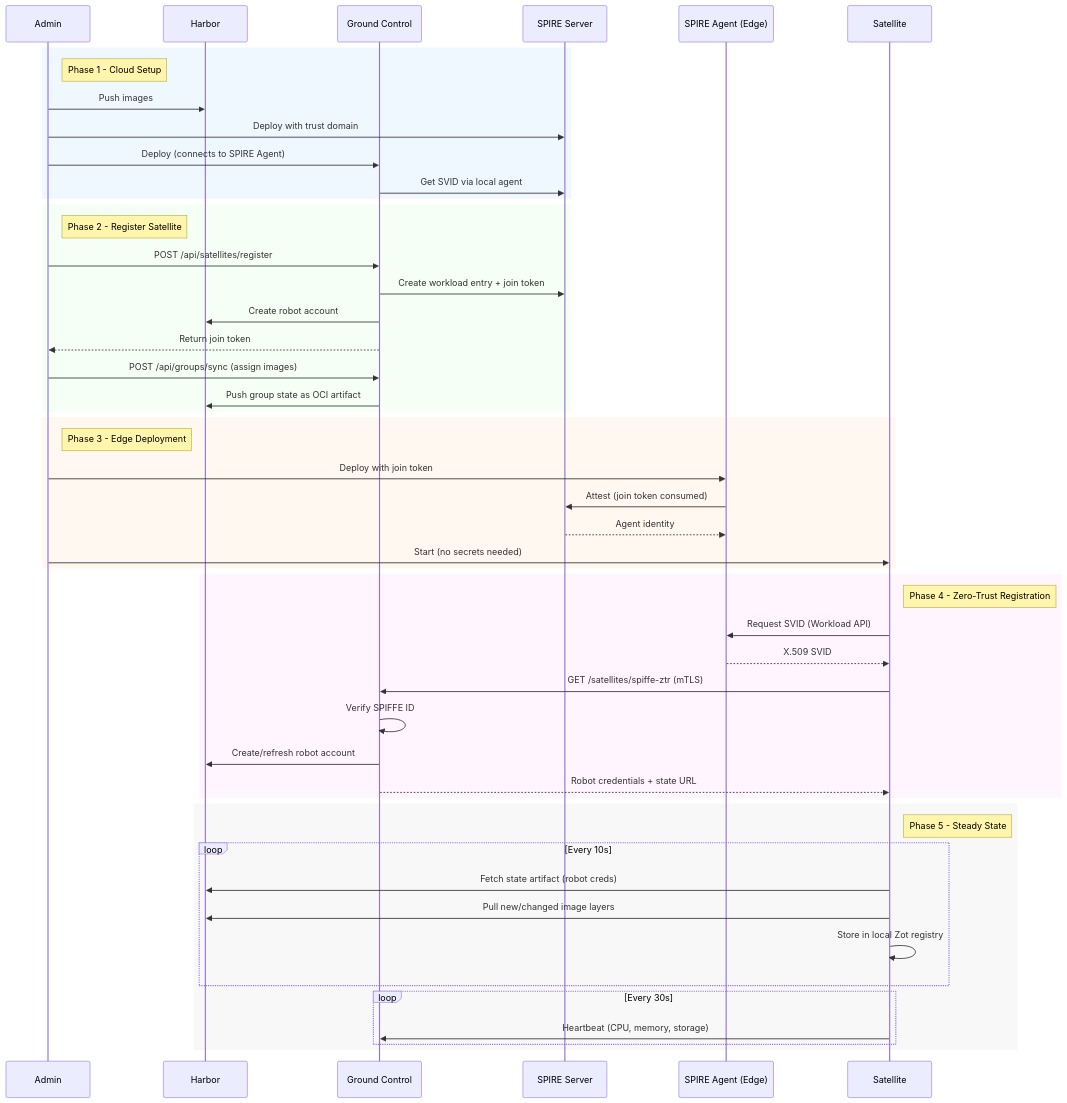
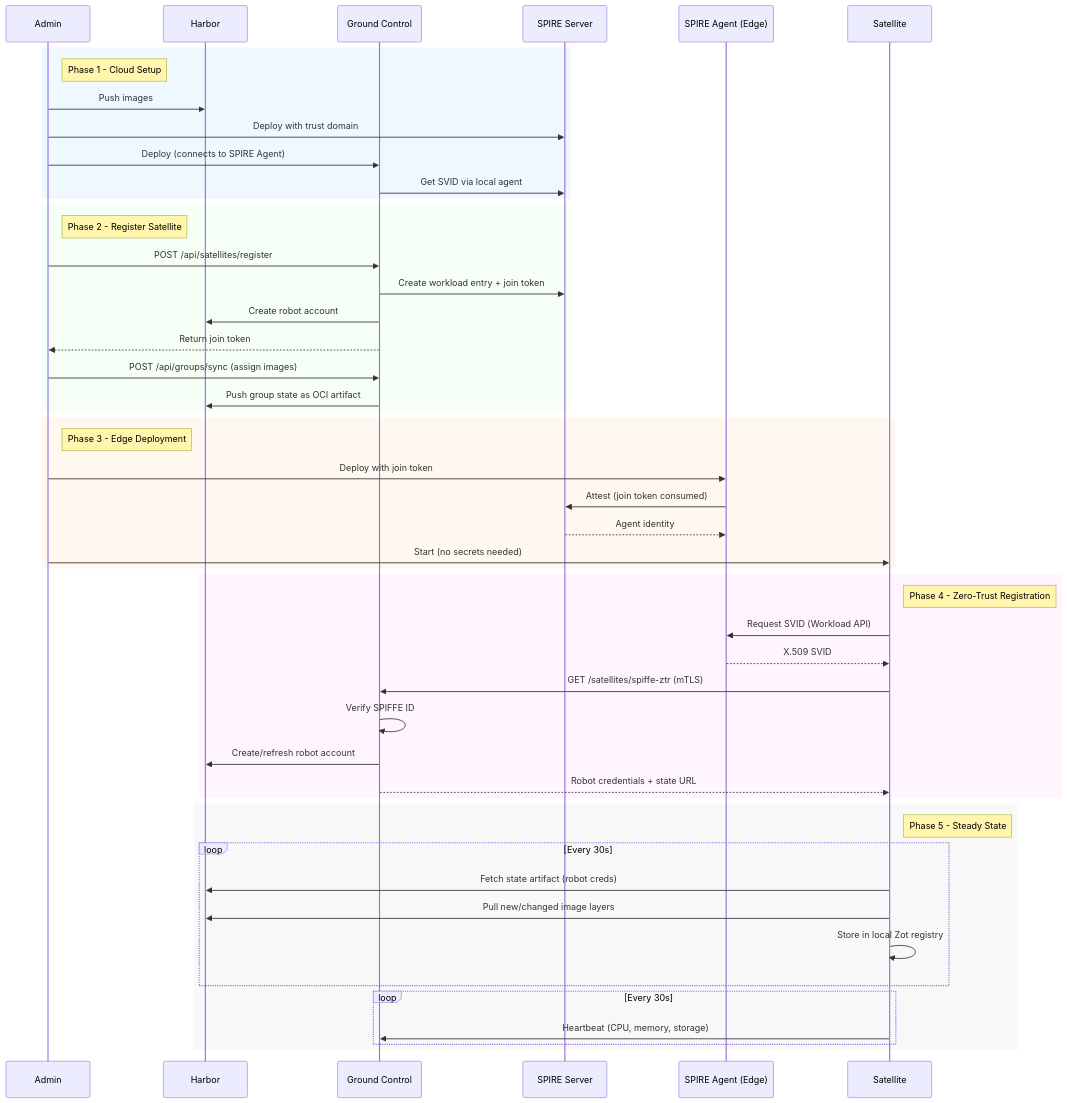
Before and after one commit to container-registry/harbor-satellite: the second of 2 diagrams in website/docs/architecture.md, drawn with Mermaid. The commit also changed other lines of this file and 1 other file, not shown here.

````diff
--- a/website/docs/architecture.md
+++ b/website/docs/architecture.md
@@ -313,57 +313,57 @@
 ```mermaid
 sequenceDiagram
     participant Admin
     participant Harbor
     participant GC as Ground Control
     participant SpireServer as SPIRE Server
     participant SpireAgentSat as SPIRE Agent (Edge)
     participant Satellite
 
     rect rgb(240, 248, 255)
     note right of Admin: Phase 1 - Cloud Setup
     Admin->>Harbor: Push images
     Admin->>SpireServer: Deploy with trust domain
     Admin->>GC: Deploy (connects to SPIRE Agent)
     GC->>SpireServer: Get SVID via local agent
     end
 
     rect rgb(245, 255, 245)
     note right of Admin: Phase 2 - Register Satellite
     Admin->>GC: POST /api/satellites/register
     GC->>SpireServer: Create workload entry + join token
     GC->>Harbor: Create robot account
     GC-->>Admin: Return join token
     Admin->>GC: POST /api/groups/sync (assign images)
     GC->>Harbor: Push group state as OCI artifact
     end
 
     rect rgb(255, 248, 240)
     note right of Admin: Phase 3 - Edge Deployment
     Admin->>SpireAgentSat: Deploy with join token
     SpireAgentSat->>SpireServer: Attest (join token consumed)
     SpireServer-->>SpireAgentSat: Agent identity
     Admin->>Satellite: Start (no secrets needed)
     end
 
     rect rgb(255, 245, 255)
     note right of Satellite: Phase 4 - Zero-Trust Registration
     Satellite->>SpireAgentSat: Request SVID (Workload API)
     SpireAgentSat-->>Satellite: X.509 SVID
     Satellite->>GC: GET /satellites/spiffe-ztr (mTLS)
     GC->>GC: Verify SPIFFE ID
     GC->>Harbor: Create/refresh robot account
     GC-->>Satellite: Robot credentials + state URL
     end
 
     rect rgb(248, 248, 248)
     note right of Satellite: Phase 5 - Steady State
-    loop Every 10s
+    loop Every 30s
         Satellite->>Harbor: Fetch state artifact (robot creds)
         Satellite->>Harbor: Pull new/changed image layers
         Satellite->>Satellite: Store in local Zot registry
     end
     loop Every 30s
         Satellite->>GC: Heartbeat (CPU, memory, storage)
     end
     end
 ```
````
